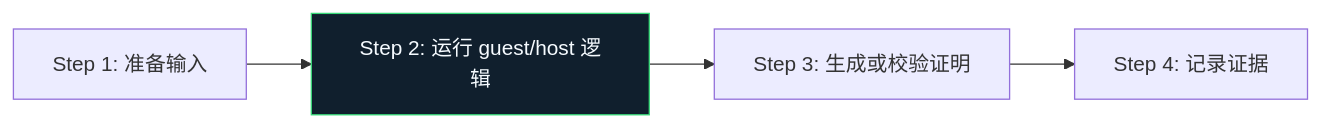
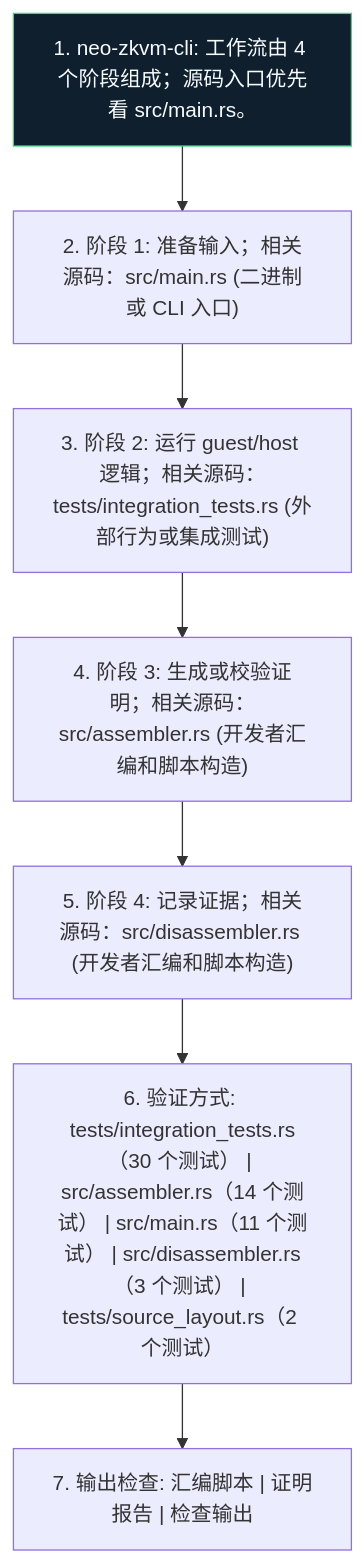
Before and after one commit to r3e-network/neo-zkvm: the diagram in crates/neo-zkvm-cli/docs/figures/workflow.zh.mmd, drawn with Mermaid. The commit also changed 307 other files, not shown here.

Commit message:
Deepen crate diagrams with source-aware atlas

```diff
--- a/crates/neo-zkvm-cli/docs/figures/workflow.zh.mmd
+++ b/crates/neo-zkvm-cli/docs/figures/workflow.zh.mmd
@@ -1,10 +1,16 @@
-flowchart LR
-    N1["Step 1: 准备输入"]
-    N2["Step 2: 运行 guest/host 逻辑"]
-    N3["Step 3: 生成或校验证明"]
-    N4["Step 4: 记录证据"]
+flowchart TB
+    N1["1. neo-zkvm-cli: 工作流由 4 个阶段组成；源码入口优先看 src/main.rs。"]
+    N2["2. 阶段 1: 准备输入；相关源码：src/main.rs (二进制或 CLI 入口)"]
+    N3["3. 阶段 2: 运行 guest/host 逻辑；相关源码：tests/integration_tests.rs (外部行为或集成测试)"]
+    N4["4. 阶段 3: 生成或校验证明；相关源码：src/assembler.rs (开发者汇编和脚本构造)"]
+    N5["5. 阶段 4: 记录证据；相关源码：src/disassembler.rs (开发者汇编和脚本构造)"]
+    N6["6. 验证方式: tests/integration_tests.rs（30 个测试） | src/assembler.rs（14 个测试） | src/main.rs（11 个测试） | src/disassembler.rs（3 个测试） | tests/source_layout.rs（2 个测试）"]
+    N7["7. 输出检查: 汇编脚本 | 证明报告 | 检查输出"]
     N1 --> N2
     N2 --> N3
     N3 --> N4
+    N4 --> N5
+    N5 --> N6
+    N6 --> N7
     classDef crate fill:#101f2d,stroke:#38d978,color:#f6fbff
-    class N2 crate
+    class N1 crate
```
